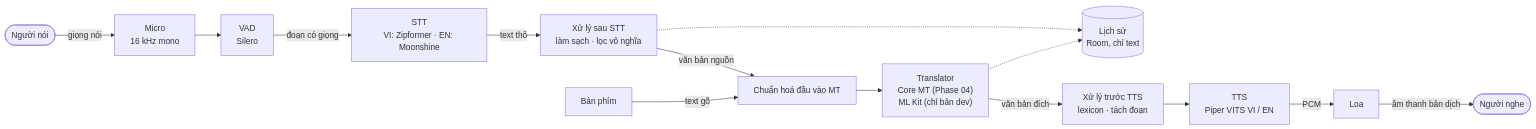
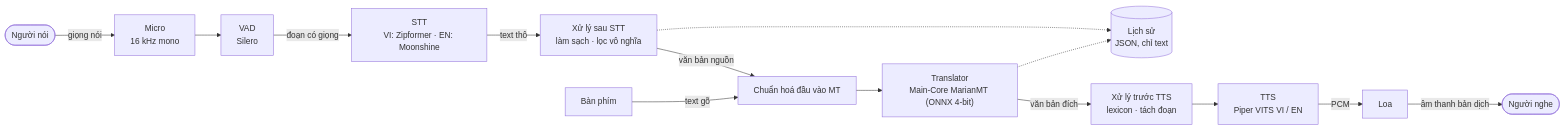
Before and after one commit to PTDat203/VietTechTrans: the first of 2 diagrams in AppProduct/docs/architecture.md, drawn with Mermaid. The commit also changed other lines of this file and 119 other files, not shown here.

````diff
--- a/AppProduct/docs/architecture.md
+++ b/AppProduct/docs/architecture.md
@@ -10,16 +10,16 @@
 ```mermaid
 flowchart LR
   A(["Người nói"]) -->|giọng nói| MIC["Micro<br/>16 kHz mono"]
   MIC --> VAD["VAD<br/>Silero"]
   VAD -->|đoạn có giọng| STT["STT<br/>VI: Zipformer · EN: Moonshine"]
   STT -->|text thô| POST["Xử lý sau STT<br/>làm sạch · lọc vô nghĩa"]
   KB["Bàn phím"] -->|text gõ| NORM
   POST -->|văn bản nguồn| NORM["Chuẩn hoá đầu vào MT"]
-  NORM --> MT["Translator<br/>Core MT (Phase 04)<br/>ML Kit (chỉ bản dev)"]
+  NORM --> MT["Translator<br/>Main-Core MarianMT (ONNX 4-bit)"]
   MT -->|văn bản đích| PRE["Xử lý trước TTS<br/>lexicon · tách đoạn"]
   PRE --> TTS["TTS<br/>Piper VITS VI / EN"]
   TTS -->|PCM| SPK["Loa"]
   SPK -->|âm thanh bản dịch| B(["Người nghe"])
-  POST -.-> H[("Lịch sử<br/>Room, chỉ text")]
+  POST -.-> H[("Lịch sử<br/>JSON, chỉ text")]
   MT -.-> H
 ```
````
